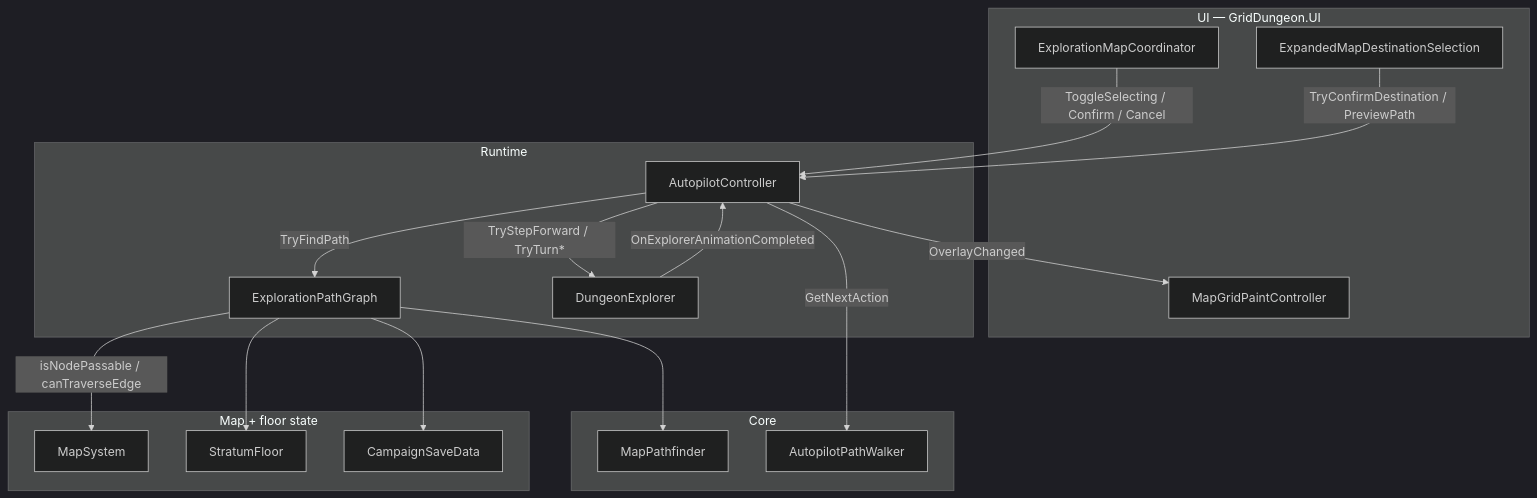
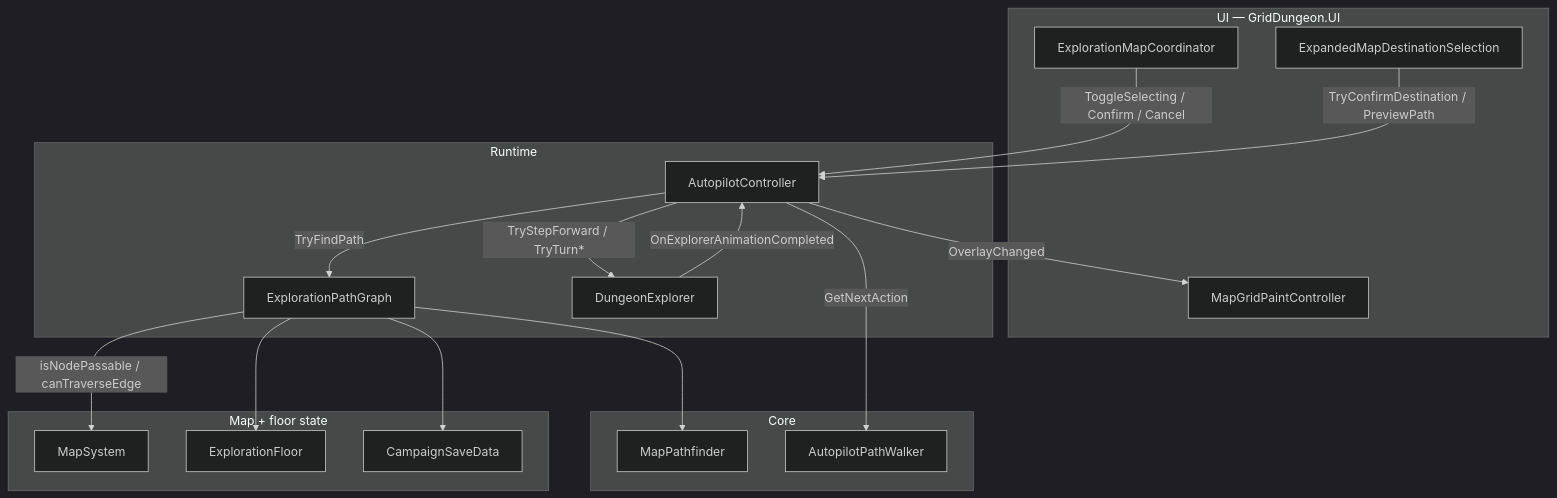
The diagram in docs/04-dev/autopilot-pathfinding.md (miramocha/griddungeon-design-docs), drawn with Mermaid (dark theme) before and after one commit. The commit also changed other lines of this file and 21 other files, not shown here.

Commit message:
docs: rename StratumFloor to ExplorationFloor (#254)

````diff
--- a/docs/04-dev/autopilot-pathfinding.md
+++ b/docs/04-dev/autopilot-pathfinding.md
@@ -11,37 +11,37 @@
 ```mermaid
 flowchart TB
   subgraph ui [UI — GridDungeon.UI]
     EMC[ExplorationMapCoordinator]
     EMDS[ExpandedMapDestinationSelection]
     MGP[MapGridPaintController]
   end
 
   subgraph runtime [Runtime]
     AC[AutopilotController]
     EPG[ExplorationPathGraph]
     DE[DungeonExplorer]
   end
 
   subgraph core [Core]
     MP[MapPathfinder]
     APW[AutopilotPathWalker]
   end
 
   subgraph data [Map + floor state]
     MS[MapSystem]
-    SF[StratumFloor]
+    SF[ExplorationFloor]
     CS[CampaignSaveData]
   end
 
   EMC -->|ToggleSelecting / Confirm / Cancel| AC
   EMDS -->|TryConfirmDestination / PreviewPath| AC
   AC -->|OverlayChanged| MGP
   AC -->|TryFindPath| EPG
   EPG -->|isNodePassable / canTraverseEdge| MS
   EPG --> SF
   EPG --> CS
   EPG --> MP
   AC -->|GetNextAction| APW
   AC -->|TryStepForward / TryTurn*| DE
   DE -->|OnExplorerAnimationCompleted| AC
 ```
````
